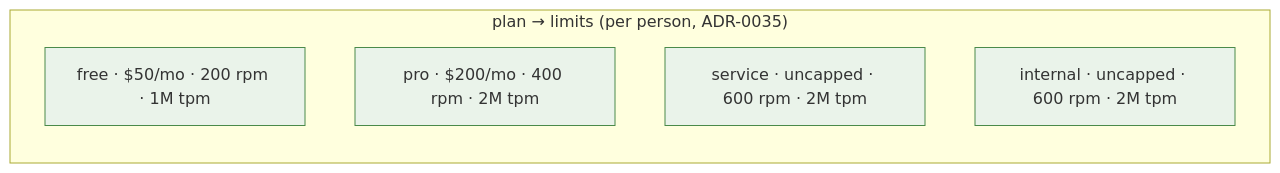
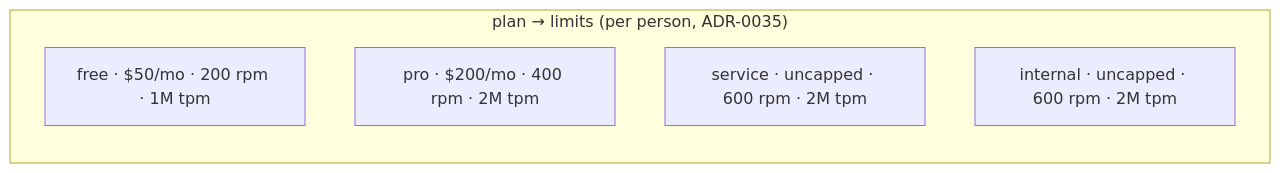
Before and after one commit to ADORSYS-GIS/ai-helm: the second of 4 diagrams in docs/architecture/09-model-serving.md, drawn with Mermaid. The commit also changed other lines of this file and 13 other files, not shown here.

First line of the commit message:
docs(architecture): uncolor all mermaid; refresh CD/components; add diagrams

````diff
--- a/docs/architecture/09-model-serving.md
+++ b/docs/architecture/09-model-serving.md
@@ -49,10 +45,9 @@
 ```mermaid
 flowchart LR
     subgraph tiers["plan → limits (per person, ADR-0035)"]
-        FREE["free · $50/mo · 200 rpm · 1M tpm"]:::t
-        PRO["pro · $200/mo · 400 rpm · 2M tpm"]:::t
-        SVC["service · uncapped · 600 rpm · 2M tpm"]:::t
-        INT["internal · uncapped · 600 rpm · 2M tpm"]:::t
+        FREE["free · $50/mo · 200 rpm · 1M tpm"]
+        PRO["pro · $200/mo · 400 rpm · 2M tpm"]
+        SVC["service · uncapped · 600 rpm · 2M tpm"]
+        INT["internal · uncapped · 600 rpm · 2M tpm"]
     end
-    classDef t fill:#eaf3ea,stroke:#4a8a4a;
 ```
````
